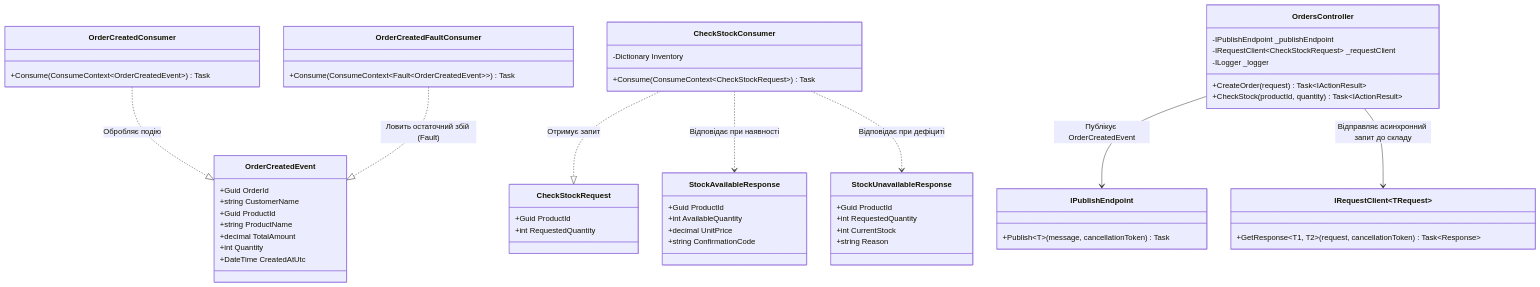
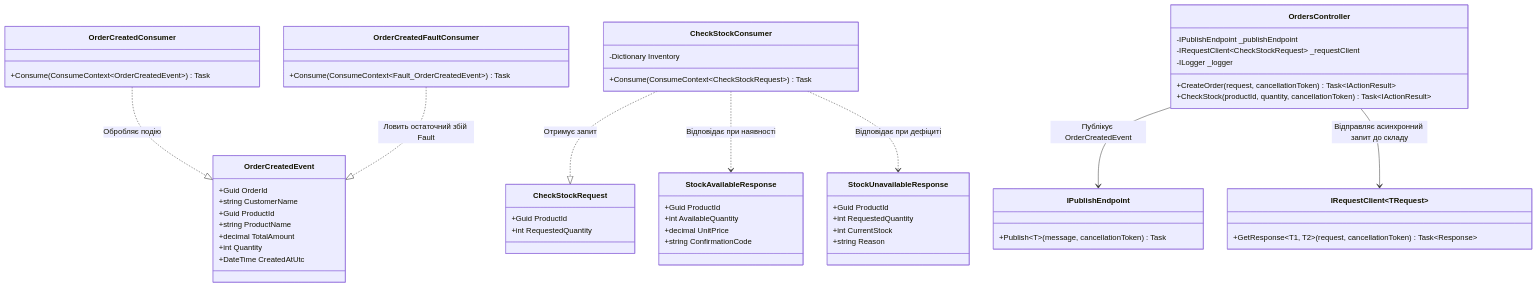
Before and after one commit to MrTomkaYurii/Microservices-Aspire-Mastery: the first of 4 diagrams in 04-Event-Driven-MassTransit/STRUCTURE-AND-DATA-FLOW.md, drawn with Mermaid. The commit also changed other lines of this file and 49 other files, not shown here.

````diff
--- a/04-Event-Driven-MassTransit/STRUCTURE-AND-DATA-FLOW.md
+++ b/04-Event-Driven-MassTransit/STRUCTURE-AND-DATA-FLOW.md
@@ -48,69 +48,69 @@
 ```mermaid
 classDiagram
     class OrderCreatedEvent {
         +Guid OrderId
         +string CustomerName
         +Guid ProductId
         +string ProductName
         +decimal TotalAmount
         +int Quantity
         +DateTime CreatedAtUtc
     }
 
     class CheckStockRequest {
         +Guid ProductId
         +int RequestedQuantity
     }
 
     class StockAvailableResponse {
         +Guid ProductId
         +int AvailableQuantity
         +decimal UnitPrice
         +string ConfirmationCode
     }
 
     class StockUnavailableResponse {
         +Guid ProductId
         +int RequestedQuantity
         +int CurrentStock
         +string Reason
     }
 
     class IPublishEndpoint {
         +Publish~T~(message, cancellationToken) Task
     }
 
     class IRequestClient~TRequest~ {
         +GetResponse~T1, T2~(request, cancellationToken) Task~Response~
     }
 
     class OrderCreatedConsumer {
         +Consume(ConsumeContext~OrderCreatedEvent~) Task
     }
 
     class CheckStockConsumer {
         -Dictionary Inventory
         +Consume(ConsumeContext~CheckStockRequest~) Task
     }
 
     class OrderCreatedFaultConsumer {
-        +Consume(ConsumeContext~Fault~OrderCreatedEvent~~) Task
+        +Consume(ConsumeContext~Fault_OrderCreatedEvent~) Task
     }
 
     class OrdersController {
         -IPublishEndpoint _publishEndpoint
         -IRequestClient~CheckStockRequest~ _requestClient
         -ILogger _logger
-        +CreateOrder(request) Task~IActionResult~
-        +CheckStock(productId, quantity) Task~IActionResult~
+        +CreateOrder(request, cancellationToken) Task~IActionResult~
+        +CheckStock(productId, quantity, cancellationToken) Task~IActionResult~
     }
 
     OrdersController --> IPublishEndpoint : Публікує OrderCreatedEvent
     OrdersController --> IRequestClient~CheckStockRequest~ : Відправляє асинхронний запит до складу
     
     OrderCreatedConsumer ..|> OrderCreatedEvent : Обробляє подію
     CheckStockConsumer ..|> CheckStockRequest : Отримує запит
     CheckStockConsumer ..> StockAvailableResponse : Відповідає при наявності
     CheckStockConsumer ..> StockUnavailableResponse : Відповідає при дефіциті
-    OrderCreatedFaultConsumer ..|> OrderCreatedEvent : Ловить остаточний збій (Fault)
+    OrderCreatedFaultConsumer ..|> OrderCreatedEvent : Ловить остаточний збій Fault
 ```
````
